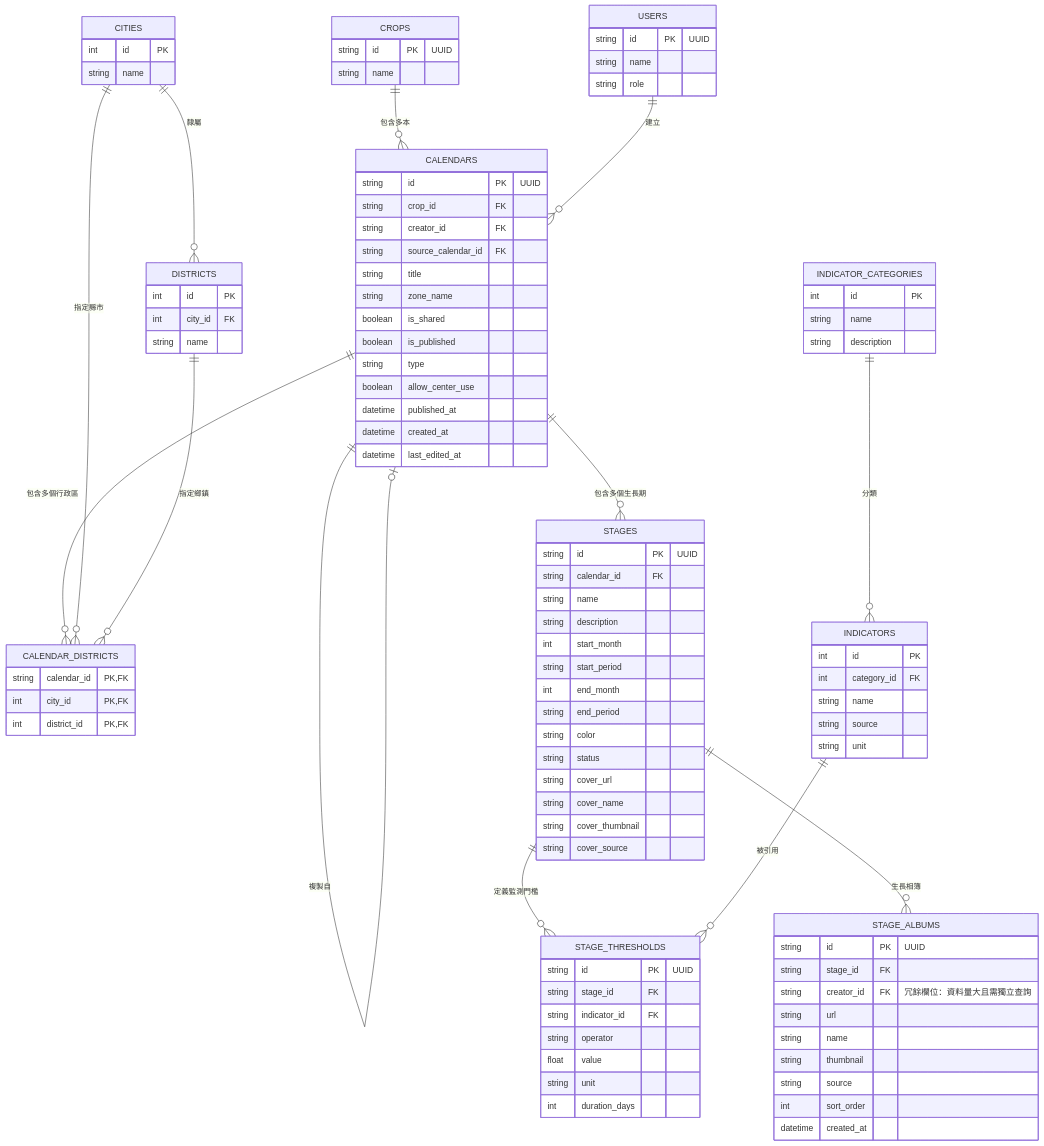
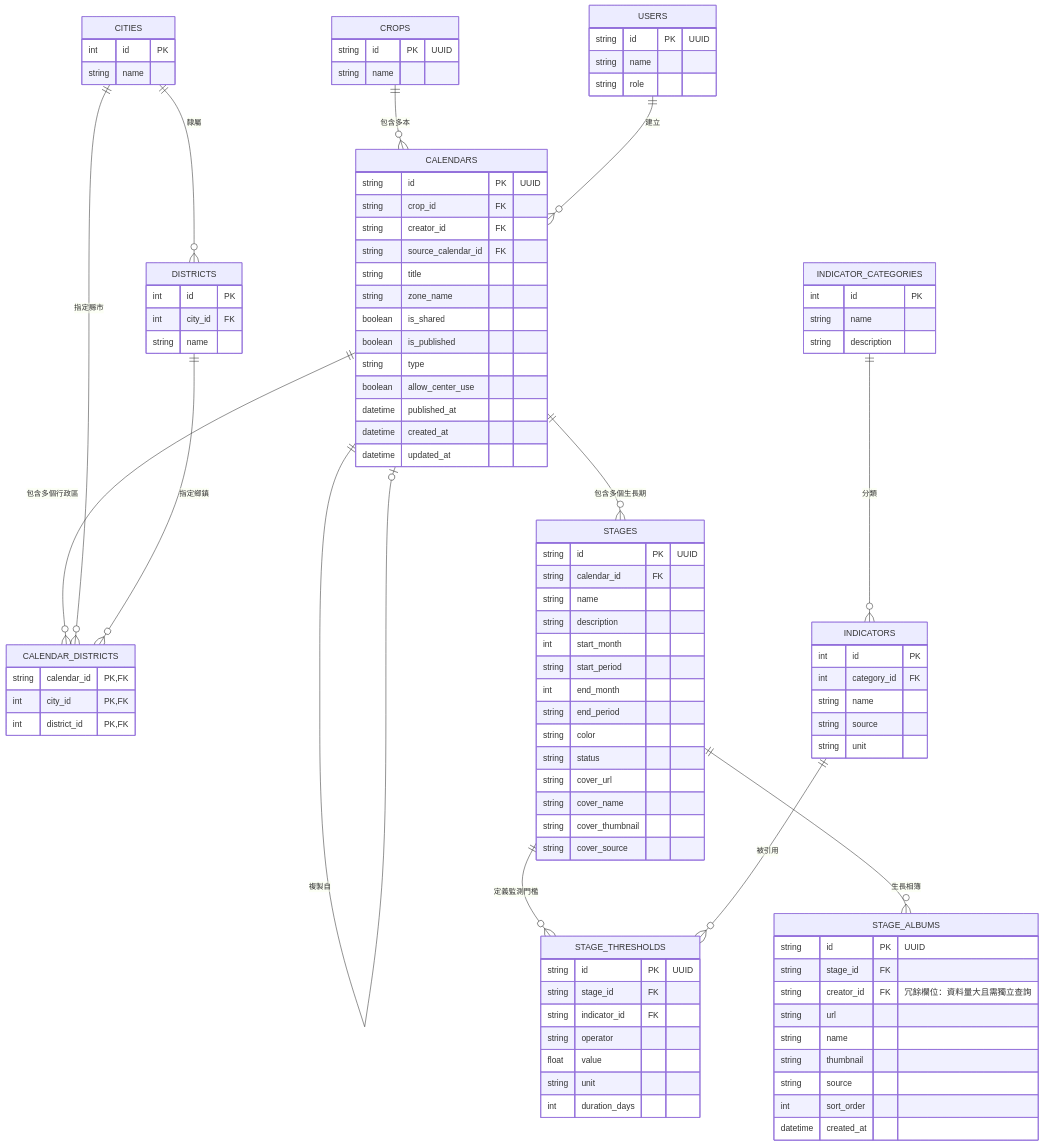
One commit to Yizi-Yeh/crop-backend changed the diagram in docs/erDiagram.mmd. Above: the diagram before and after it, drawn with Mermaid. The commit also changed 6 other files, not shown here.

```diff
--- a/docs/erDiagram.mmd
+++ b/docs/erDiagram.mmd
@@ -1,113 +1,113 @@
 erDiagram
     CROPS ||--o{ CALENDARS : "包含多本" 
     USERS ||--o{ CALENDARS : "建立" 
     CALENDARS ||--o| CALENDARS : "複製自"
     CALENDARS ||--o{ CALENDAR_DISTRICTS : "包含多個行政區"
     CALENDARS ||--o{ STAGES : "包含多個生長期" 
     
     STAGES ||--o{ STAGE_THRESHOLDS : "定義監測門檻" 
     STAGES ||--o{ STAGE_ALBUMS : "生長相簿" 
     
     INDICATORS ||--o{ STAGE_THRESHOLDS : "被引用" 
     INDICATOR_CATEGORIES ||--o{ INDICATORS : "分類" 
     
     CITIES ||--o{ CALENDAR_DISTRICTS : "指定縣市"
     DISTRICTS ||--o{ CALENDAR_DISTRICTS : "指定鄉鎮"
     CITIES ||--o{ DISTRICTS : "隸屬"
     
     CROPS {
         string id PK "UUID"
         string name
     }
     
     USERS {
         string id PK "UUID"
         string name
         string role
     }
     
     CALENDARS {
         string id PK "UUID"
         string crop_id FK
         string creator_id FK
         string source_calendar_id FK
         string title
         string zone_name
         boolean is_shared
         boolean is_published
         string type
         boolean allow_center_use
         datetime published_at
         datetime created_at
-        datetime last_edited_at
+        datetime updated_at
     }
     
     CALENDAR_DISTRICTS {
         string calendar_id PK, FK
         int city_id PK, FK
         int district_id PK, FK
     }
     
     STAGES {
         string id PK "UUID"
         string calendar_id FK
         string name
         string description
         int start_month
         string start_period
         int end_month
         string end_period
         string color
         string status
         string cover_url
         string cover_name
         string cover_thumbnail
         string cover_source
     }
     
     STAGE_THRESHOLDS {
         string id PK "UUID"
         string stage_id FK
         string indicator_id FK
         string operator
         float value
         string unit
         int duration_days
     }
     
     STAGE_ALBUMS {
         string id PK "UUID"
         string stage_id FK
         string creator_id FK "冗餘欄位：資料量大且需獨立查詢"
         string url
         string name
         string thumbnail
         string source
         int sort_order
         datetime created_at
     }
     
     CITIES {
         int id PK
         string name
     }
     
     DISTRICTS {
         int id PK
         int city_id FK
         string name
     }
     
     INDICATOR_CATEGORIES {
         int id PK
         string name
         string description
     }
     
     INDICATORS {
         int id PK
         int category_id FK
         string name
         string source
         string unit
     }
```
